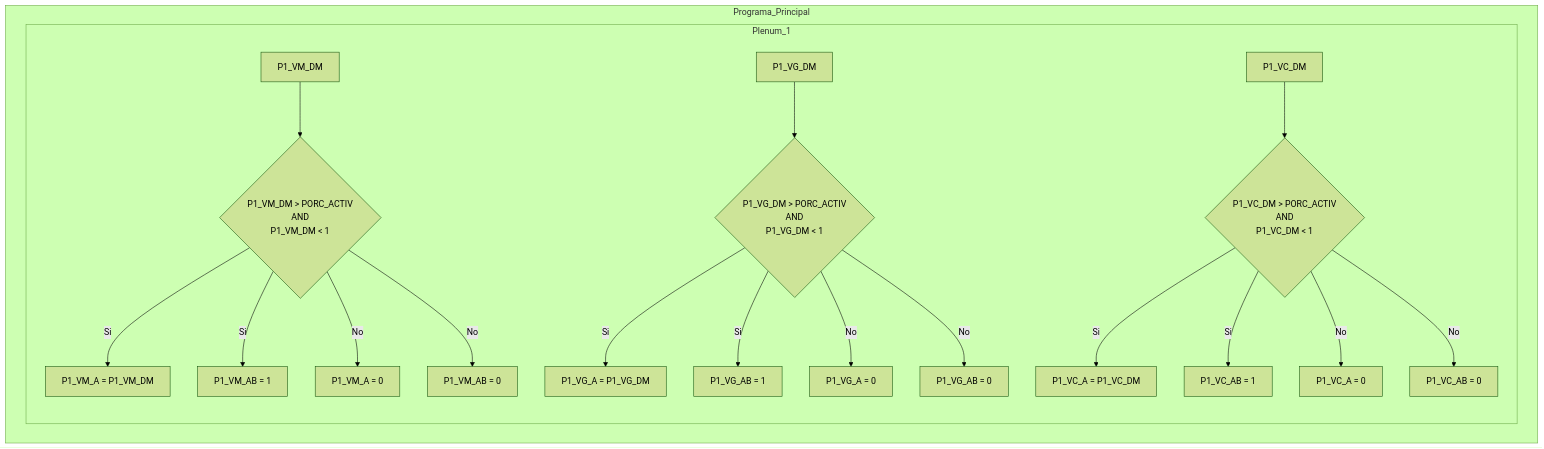
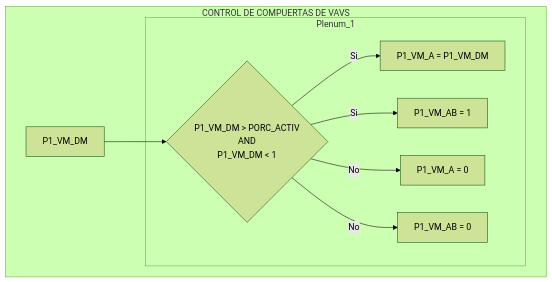
One commit to cjhirashi/ct-prub-in changed the diagram in Cuarto-de-Pruebas/Controlador-1/PRG2/README.md. Above: the diagram before and after it, drawn with Mermaid (forest theme).

Commit message:
Eliminación de subgráficos innecesarios en el diagrama de flujo del README.md para simplificar la documentación del programa PRG2.

````diff
--- a/Cuarto-de-Pruebas/Controlador-1/PRG2/README.md
+++ b/Cuarto-de-Pruebas/Controlador-1/PRG2/README.md
@@ -132,23 +132,14 @@
 ```mermaid
 graph TD
-    subgraph Programa_Principal
+    subgraph CONTROL DE COMPUERTAS DE VAVS
+            P1_VM_DM --> P1_VM_Decision{P1_VM_DM > PORC_ACTIV<br>AND<br>P1_VM_DM < 1};
         subgraph Plenum_1
-            P1_VM_DM --> P1_VM_Decision{P1_VM_DM > PORC_ACTIV<br>AND<br>P1_VM_DM < 1};
             P1_VM_Decision -- Si --> P1_VM_SetA[P1_VM_A = P1_VM_DM];
             P1_VM_Decision -- Si --> P1_VM_SetAB[P1_VM_AB = 1];
             P1_VM_Decision -- No --> P1_VM_SetA0[P1_VM_A = 0];
             P1_VM_Decision -- No --> P1_VM_SetAB0[P1_VM_AB = 0];
-            P1_VG_DM --> P1_VG_Decision{P1_VG_DM > PORC_ACTIV<br>AND<br>P1_VG_DM < 1};
-            P1_VG_Decision -- Si --> P1_VG_SetA[P1_VG_A = P1_VG_DM];
-			P1_VG_Decision -- Si --> P1_VG_SetAB[P1_VG_AB = 1];
-            P1_VG_Decision -- No --> P1_VG_SetA0[P1_VG_A = 0];
-			P1_VG_Decision -- No --> P1_VG_SetAB0[P1_VG_AB = 0];
-             P1_VC_DM --> P1_VC_Decision{P1_VC_DM > PORC_ACTIV<br>AND<br>P1_VC_DM < 1};
-            P1_VC_Decision -- Si --> P1_VC_SetA[P1_VC_A = P1_VC_DM];
-			P1_VC_Decision -- Si --> P1_VC_SetAB[P1_VC_AB = 1];
-            P1_VC_Decision -- No --> P1_VC_SetA0[P1_VC_A = 0];
-			P1_VC_Decision -- No --> P1_VC_SetAB0[P1_VC_AB = 0];
+           
         end
 
    end
 ```
````
